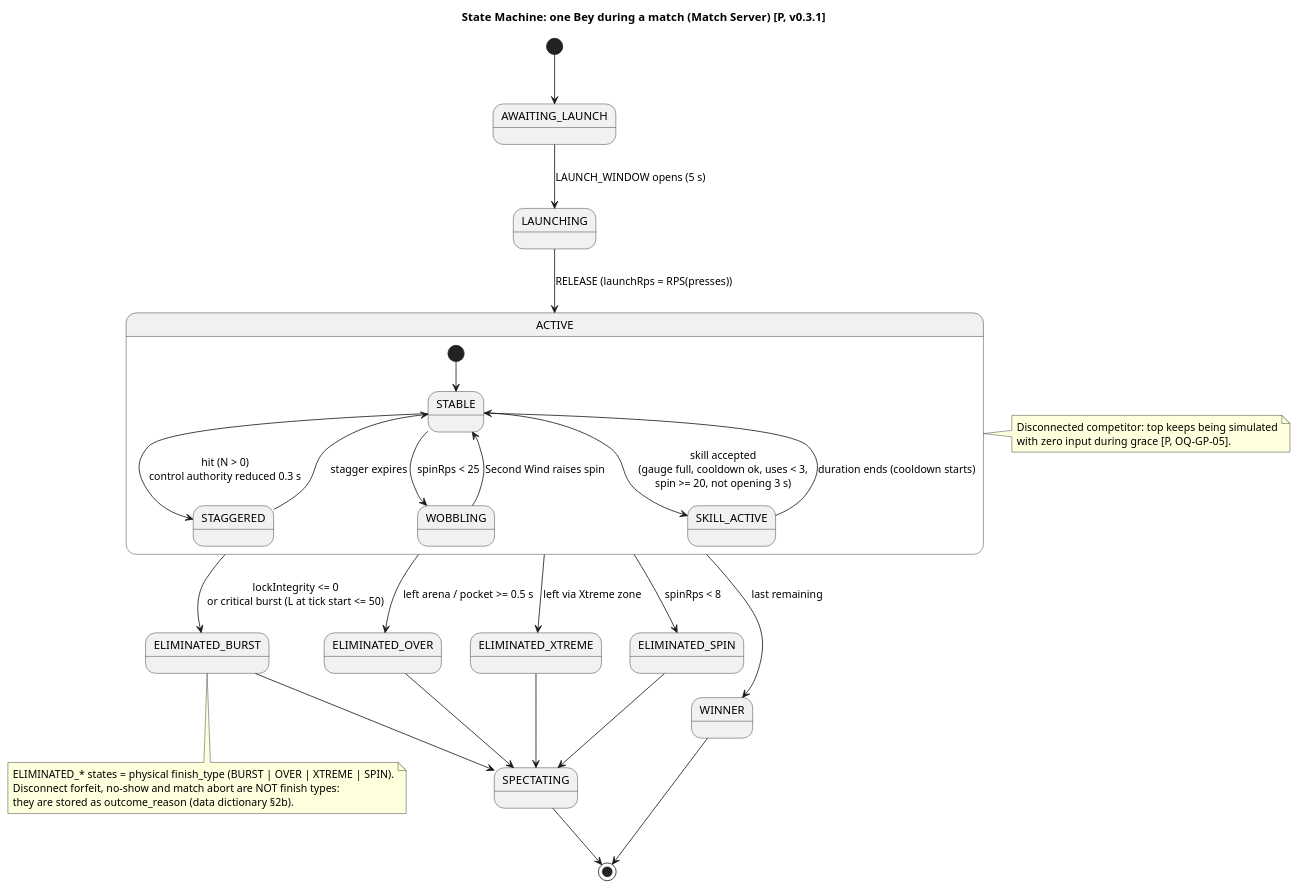
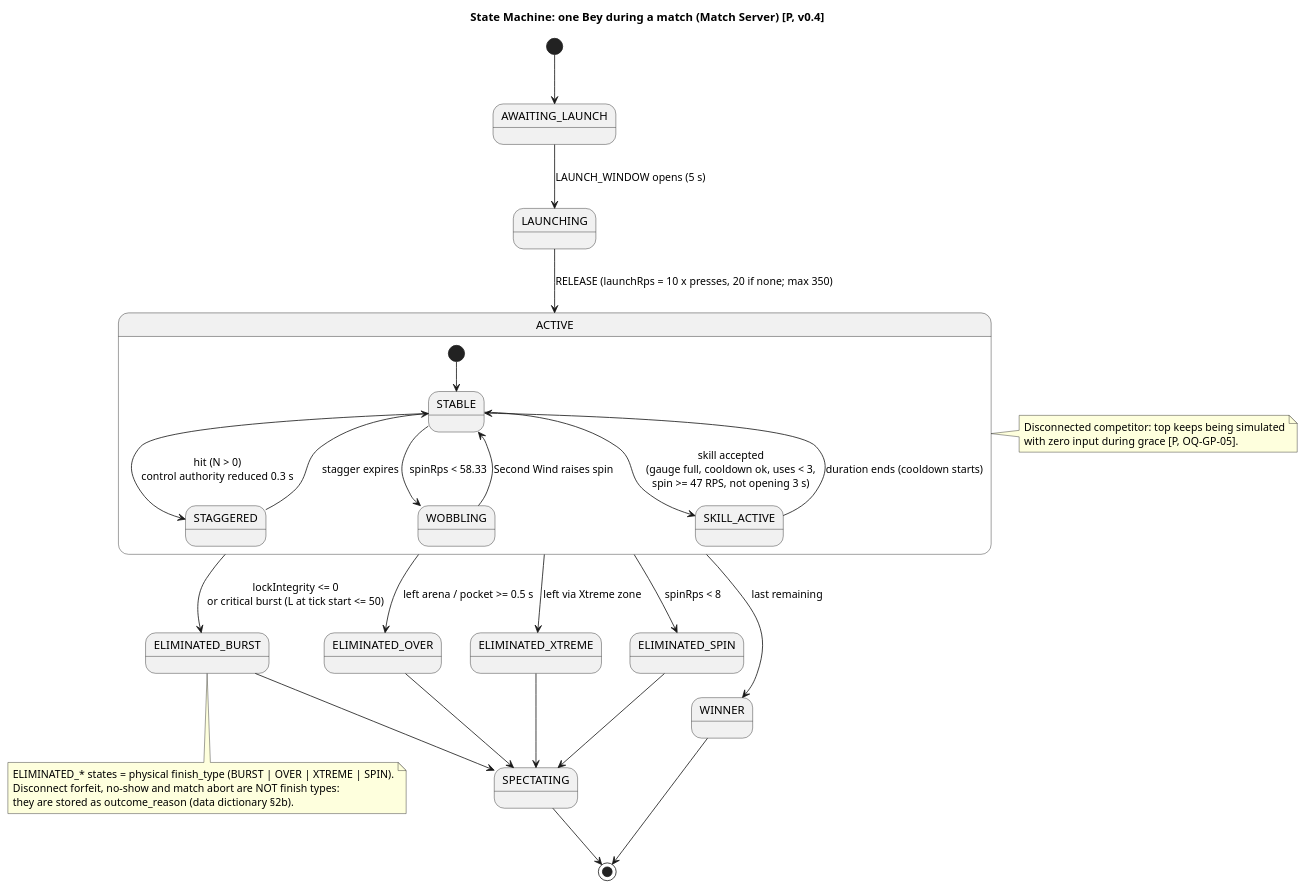
Before and after one commit to houcine212-hub/Bayblade_Sesytem: the diagram in docs/02-uml/state-bey-combat.puml, drawn with PlantUML. The commit also changed 57 other files, not shown here.

```diff
--- a/docs/02-uml/state-bey-combat.puml
+++ b/docs/02-uml/state-bey-combat.puml
@@ -1,35 +1,35 @@
 @startuml state-bey-combat
-title State Machine: one Bey during a match (Match Server) [P, v0.3.1]
+title State Machine: one Bey during a match (Match Server) [P, v0.4]
 [*] --> AWAITING_LAUNCH
 AWAITING_LAUNCH --> LAUNCHING : LAUNCH_WINDOW opens (5 s)
-LAUNCHING --> ACTIVE : RELEASE (launchRps = RPS(presses))
+LAUNCHING --> ACTIVE : RELEASE (launchRps = 10 x presses, 20 if none; max 350)
 state ACTIVE {
   [*] --> STABLE
   STABLE --> STAGGERED : hit (N > 0)\ncontrol authority reduced 0.3 s
   STAGGERED --> STABLE : stagger expires
-  STABLE --> WOBBLING : spinRps < 25
+  STABLE --> WOBBLING : spinRps < 58.33
   WOBBLING --> STABLE : Second Wind raises spin
-  STABLE --> SKILL_ACTIVE : skill accepted\n(gauge full, cooldown ok, uses < 3,\nspin >= 20, not opening 3 s)
+  STABLE --> SKILL_ACTIVE : skill accepted\n(gauge full, cooldown ok, uses < 3,\nspin >= 47 RPS, not opening 3 s)
   SKILL_ACTIVE --> STABLE : duration ends (cooldown starts)
 }
 ACTIVE --> ELIMINATED_BURST : lockIntegrity <= 0\nor critical burst (L at tick start <= 50)
 ACTIVE --> ELIMINATED_OVER : left arena / pocket >= 0.5 s
 ACTIVE --> ELIMINATED_XTREME : left via Xtreme zone
 ACTIVE --> ELIMINATED_SPIN : spinRps < 8
 ACTIVE --> WINNER : last remaining
 ELIMINATED_BURST --> SPECTATING
 ELIMINATED_OVER --> SPECTATING
 ELIMINATED_XTREME --> SPECTATING
 ELIMINATED_SPIN --> SPECTATING
 SPECTATING --> [*]
 note bottom of ELIMINATED_BURST
   ELIMINATED_* states = physical finish_type (BURST | OVER | XTREME | SPIN).
   Disconnect forfeit, no-show and match abort are NOT finish types:
   they are stored as outcome_reason (data dictionary §2b).
 end note
 WINNER --> [*]
 note right of ACTIVE
   Disconnected competitor: top keeps being simulated
   with zero input during grace [P, OQ-GP-05].
 end note
 @enduml
```
